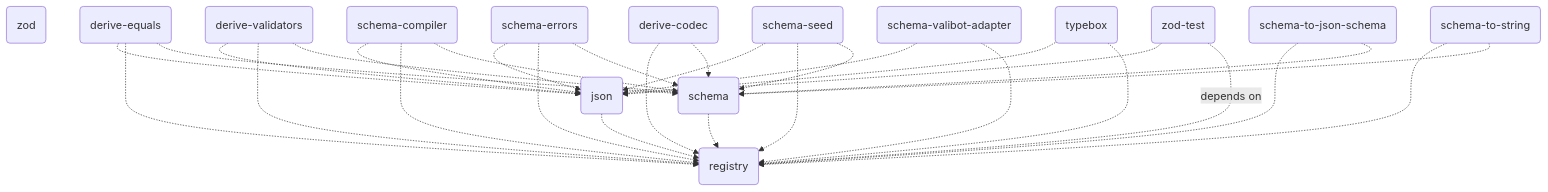
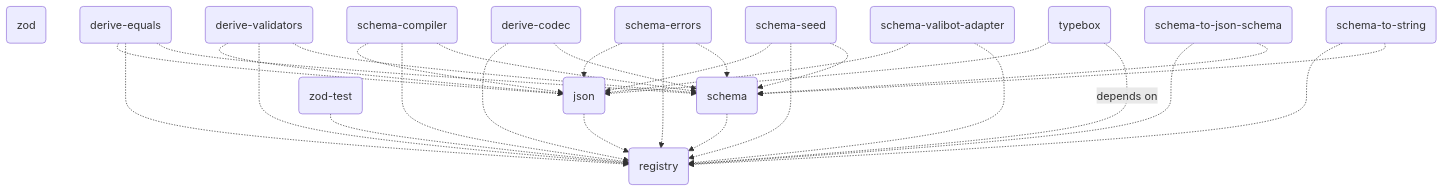
One commit to traversable/schema changed the diagram in README.md. Above: the diagram before and after it, drawn with Mermaid. The commit also changed 3 other files, not shown here.

Commit message:
fix(zod-test): removes dependency on `@traversable/json`

````diff
--- a/README.md
+++ b/README.md
@@ -497,34 +497,33 @@
 ```mermaid
 flowchart TD
     registry(registry)
     zod(zod)
     json(json) -.-> registry(registry)
     schema(schema) -.-> registry(registry)
+    zod-test(zod-test) -.-> registry(registry)
     derive-codec(derive-codec) -.-> registry(registry)
     derive-codec(derive-codec) -.-> schema(schema)
     derive-equals(derive-equals) -.-> json(json)
     derive-equals(derive-equals) -.-> registry(registry)
     derive-equals(derive-equals) -.-> schema(schema)
     derive-validators(derive-validators) -.-> json(json)
     derive-validators(derive-validators) -.-> registry(registry)
     derive-validators(derive-validators) -.-> schema(schema)
     schema-compiler(schema-compiler) -.-> json(json)
     schema-compiler(schema-compiler) -.-> registry(registry)
     schema-compiler(schema-compiler) -.-> schema(schema)
     schema-errors(schema-errors) -.-> json(json)
     schema-errors(schema-errors) -.-> registry(registry)
     schema-errors(schema-errors) -.-> schema(schema)
     schema-seed(schema-seed) -.-> json(json)
     schema-seed(schema-seed) -.-> registry(registry)
     schema-seed(schema-seed) -.-> schema(schema)
     schema-to-json-schema(schema-to-json-schema) -.-> registry(registry)
     schema-to-json-schema(schema-to-json-schema) -.-> schema(schema)
     schema-to-string(schema-to-string) -.-> registry(registry)
     schema-to-string(schema-to-string) -.-> schema(schema)
     schema-valibot-adapter(schema-valibot-adapter) -.-> json(json)
     schema-valibot-adapter(schema-valibot-adapter) -.-> registry(registry)
     typebox(typebox) -.-> json(json)
-    typebox(typebox) -.-> registry(registry)
-    zod-test(zod-test) -.-> json(json)
-    zod-test(zod-test) -.depends on.-> registry(registry)
+    typebox(typebox) -.depends on.-> registry(registry)
 ```
````
